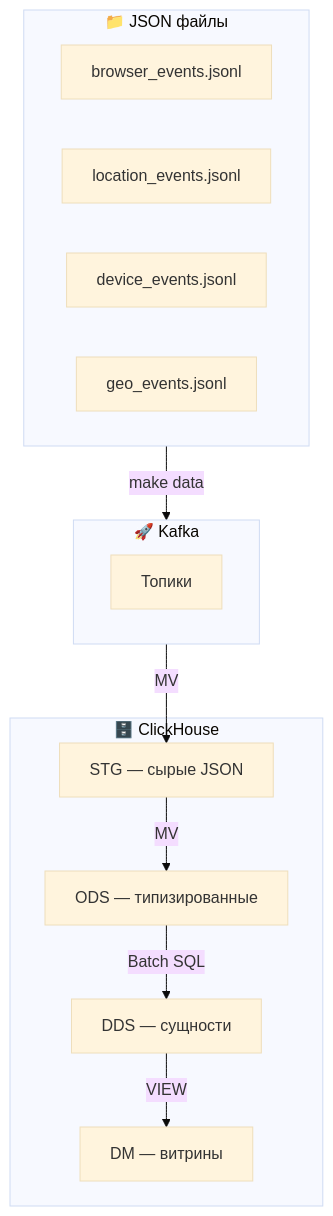
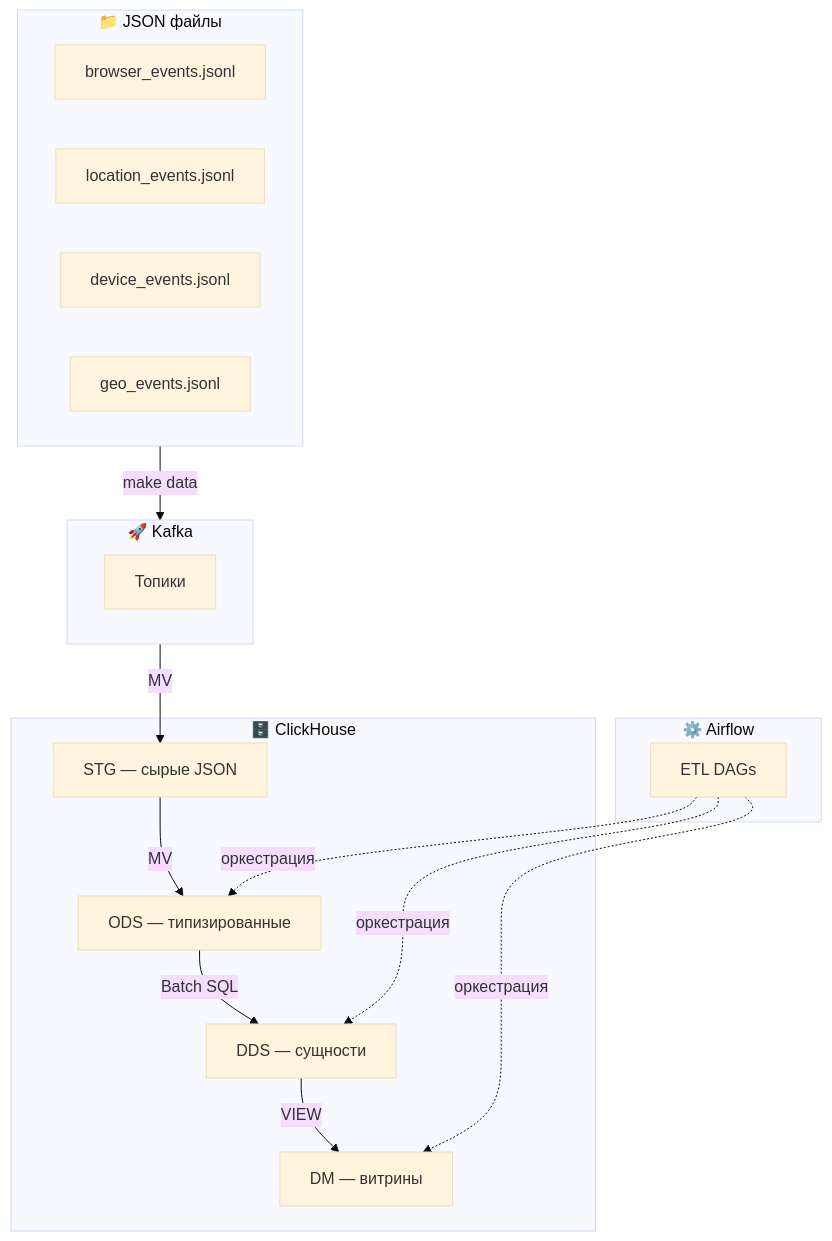
One commit to dementev-dev/clickstream-ch-kafka-superset-demo changed the first of 2 diagrams in README.md. Above: the diagram before and after it, drawn with Mermaid (base theme). The commit also changed other lines of this file and 8 other files, not shown here.

````diff
--- a/README.md
+++ b/README.md
@@ -68,22 +69,27 @@
 ```mermaid
 flowchart TB
     subgraph Sources["📁 JSON файлы"]
         BE[browser_events.jsonl]
         LE[location_events.jsonl]
         DE[device_events.jsonl]
         GE[geo_events.jsonl]
     end
 
     subgraph Kafka["🚀 Kafka"]
         KT[Топики]
     end
 
     subgraph CH["🗄️ ClickHouse"]
         STG["STG — сырые JSON"]
         ODS["ODS — типизированные"]
         DDS["DDS — сущности"]
         DM["DM — витрины"]
     end
 
+    subgraph Airflow["⚙️ Airflow"]
+        DAG[ETL DAGs]
+    end
+
     Sources -->|make data| Kafka -->|MV| STG -->|MV| ODS -->|Batch SQL| DDS -->|VIEW| DM
+    DAG -.->|оркестрация| ODS & DDS & DM
 ```
````
